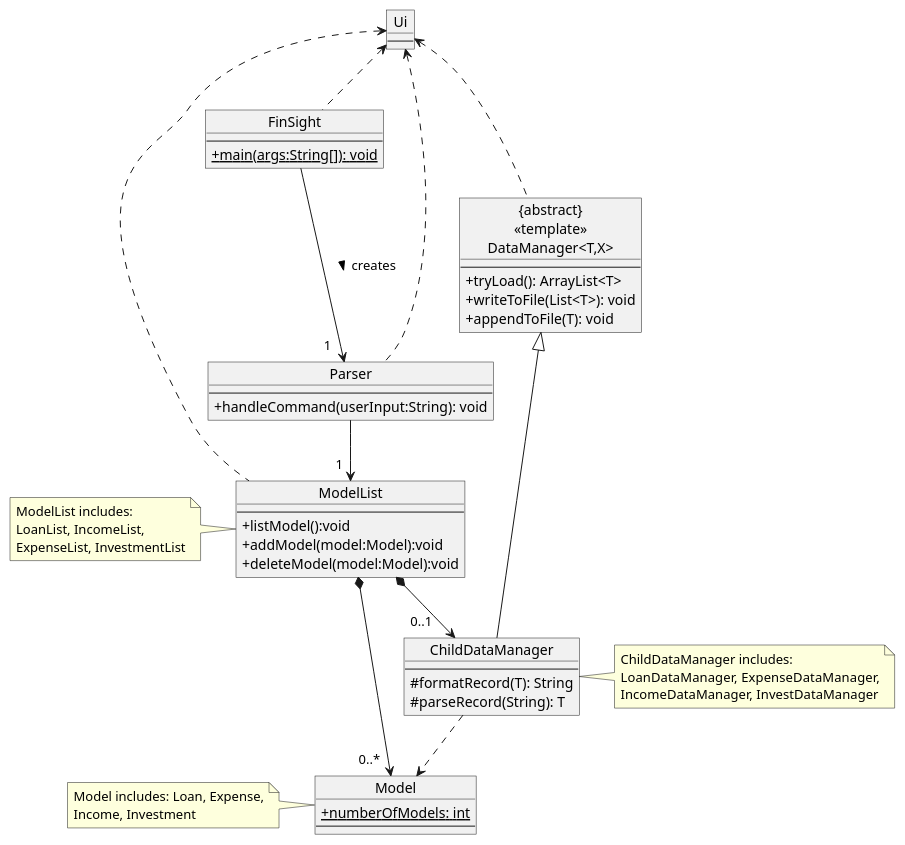
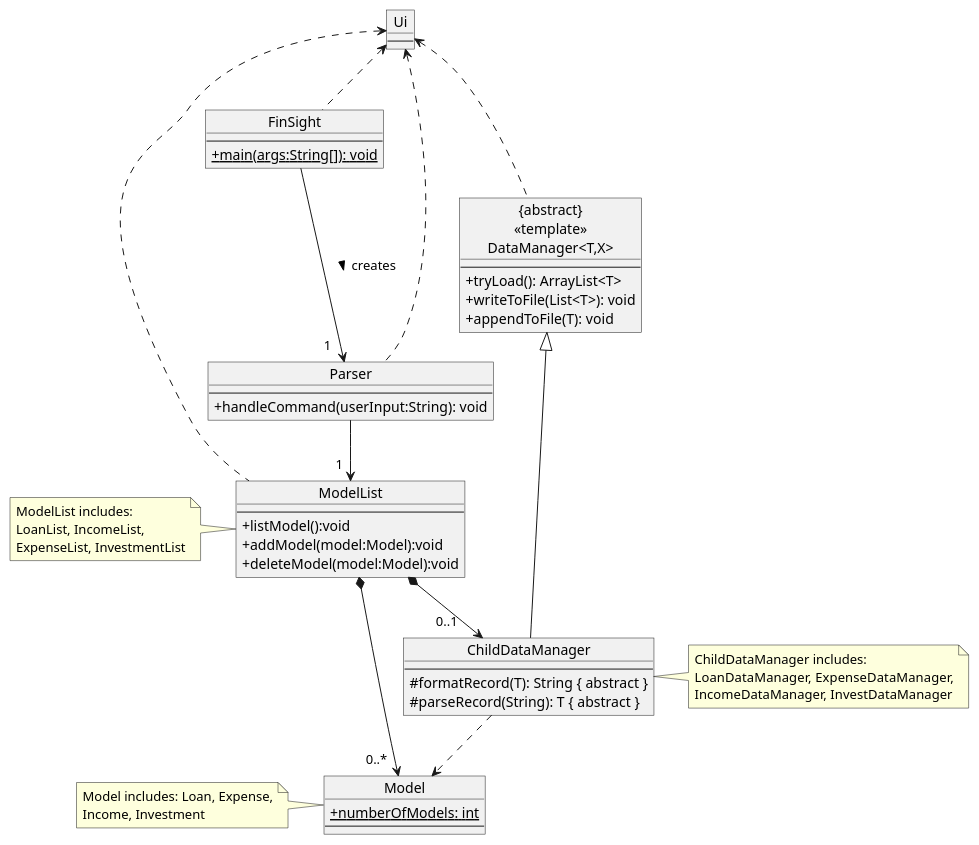
One commit to AY2526S1-CS2113-T10-1/tp changed the diagram in docs/diagrams/uml/FinSightArchitecture.puml. Above: the diagram before and after it, drawn with PlantUML. The commit also changed 3 other files, not shown here.

```diff
--- a/docs/diagrams/uml/FinSightArchitecture.puml
+++ b/docs/diagrams/uml/FinSightArchitecture.puml
@@ -1,55 +1,55 @@
 @startuml
 
 skinparam classAttributeIconSize 0
 
 object FinSight {
 --
 +{static}main(args:String[]): void
 }
 object Parser {
 --
 + handleCommand(userInput:String): void
 }
 object "ModelList" as List {
 --
 + listModel():void
 + addModel(model:Model):void
 + deleteModel(model:Model):void
 }
 object Model {
 +{static}numberOfModels: int
 --
 }
 object "{abstract}\n<<template>>\nDataManager<T,X>" as DM {
 --
 + tryLoad(): ArrayList<T>
 + writeToFile(List<T>): void
 + appendToFile(T): void
 }
 object "ChildDataManager" as CDM {
 --
-#formatRecord(T): String
-#parseRecord(String): T
+#formatRecord(T): String { abstract }
+#parseRecord(String): T { abstract }
 }
 object Ui {
 --
 }
 
 FinSight --> "1   " Parser : > creates
 Parser --> "1  " List
 List *--> "0..*  " Model
 List *--> "0..1    " CDM
 DM <|-- CDM
 CDM ..> Model
 
 Ui <.. FinSight
 Ui <.. Parser
 Ui <.. List
 Ui <.. DM
 
 note right of CDM:ChildDataManager includes:\nLoanDataManager, ExpenseDataManager,\nIncomeDataManager, InvestDataManager
 
 note left of List: ModelList includes:\nLoanList, IncomeList,\nExpenseList, InvestmentList
 
 note left of Model:Model includes: Loan, Expense,\nIncome, Investment
 @enduml
```
